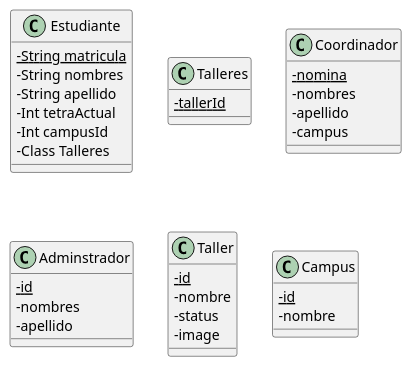
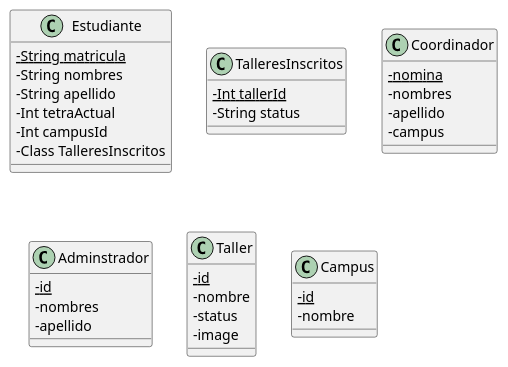
Before and after one commit to facund015/codeRelatedObsidianNotes: the diagram in Reto/Base de datos.md, drawn with PlantUML.

Commit message:
vault backup: 2021-10-12 12:16:04

````diff
--- a/Reto/Base de datos.md
+++ b/Reto/Base de datos.md
@@ -2,43 +2,44 @@
 ```plantuml
 @startuml
 skinparam classAttributeIconSize 0
 class Estudiante {
 	{static} - String matricula
 	-String nombres
 	-String apellido
 	-Int tetraActual
 	-Int campusId
-	-Class Talleres
+	-Class TalleresInscritos
 }
 
-class Talleres {
-	{static} -tallerId
+class TalleresInscritos {
+	{static} -Int tallerId
+	-String status
 }
 
 class Coordinador {
 	{static} -nomina
 	-nombres
 	-apellido
 	-campus
 }
 
 class Adminstrador {
 	{static} -id
 	-nombres
 	-apellido
 }
 
 class Taller {
     {static} - id 
     - nombre
     - status
     - image
 }
 
 class Campus {
 	{static} -id
 	-nombre
 }
 
 @enduml
 ```
````
